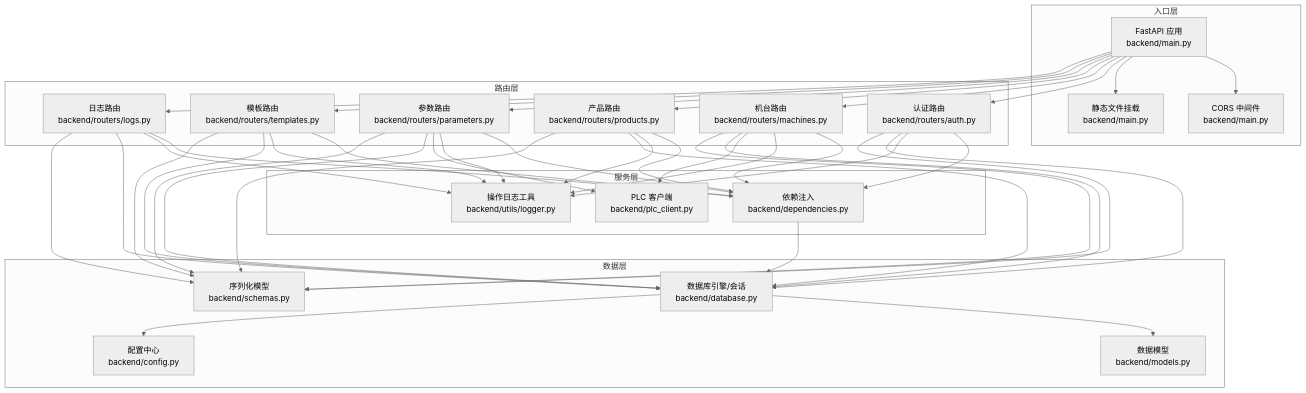
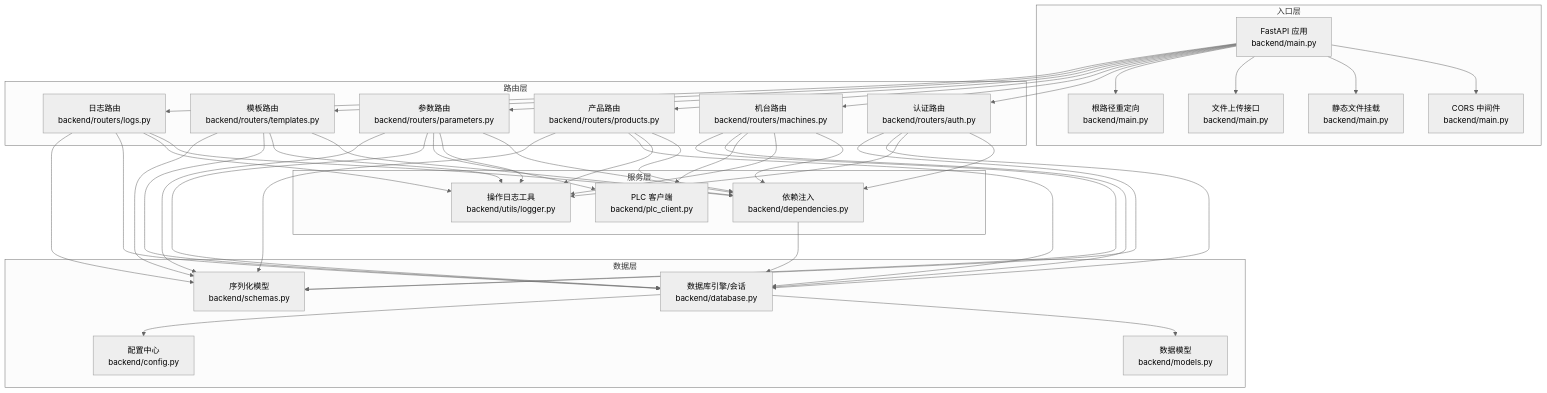
The second of 7 diagrams in .qoder/repowiki/zh/content/后端开发/FastAPI应用结构.md (pcb0y/plctodb), drawn with Mermaid (neutral theme) before and after one commit. The commit also changed other lines of this file and 9 other files, not shown here.

````diff
--- a/.qoder/repowiki/zh/content/后端开发/FastAPI应用结构.md
+++ b/.qoder/repowiki/zh/content/后端开发/FastAPI应用结构.md
@@ -128,64 +147,68 @@
 ```mermaid
 graph TB
 subgraph "入口层"
 M["FastAPI 应用<br/>backend/main.py"]
 MW["CORS 中间件<br/>backend/main.py"]
 ST["静态文件挂载<br/>backend/main.py"]
+UP["文件上传接口<br/>backend/main.py"]
+RD["根路径重定向<br/>backend/main.py"]
 end
 subgraph "路由层"
 R1["认证路由<br/>backend/routers/auth.py"]
 R2["机台路由<br/>backend/routers/machines.py"]
 R3["产品路由<br/>backend/routers/products.py"]
 R4["参数路由<br/>backend/routers/parameters.py"]
 R5["模板路由<br/>backend/routers/templates.py"]
 R6["日志路由<br/>backend/routers/logs.py"]
 end
 subgraph "服务层"
 D1["依赖注入<br/>backend/dependencies.py"]
 U1["操作日志工具<br/>backend/utils/logger.py"]
 P1["PLC 客户端<br/>backend/plc_client.py"]
 end
 subgraph "数据层"
 C1["配置中心<br/>backend/config.py"]
 DB1["数据库引擎/会话<br/>backend/database.py"]
 MD1["数据模型<br/>backend/models.py"]
 SC1["序列化模型<br/>backend/schemas.py"]
 end
 M --> MW
 M --> ST
+M --> UP
+M --> RD
 M --> R1
 M --> R2
 M --> R3
 M --> R4
 M --> R5
 M --> R6
 R1 --> D1
 R2 --> D1
 R3 --> D1
 R4 --> D1
 R5 --> D1
 R6 --> D1
 R1 --> U1
 R2 --> U1
 R3 --> U1
 R4 --> U1
 R5 --> U1
 R6 --> U1
 R2 --> P1
 R4 --> P1
 D1 --> DB1
 R1 --> DB1
 R2 --> DB1
 R3 --> DB1
 R4 --> DB1
 R5 --> DB1
 R6 --> DB1
 DB1 --> MD1
 DB1 --> C1
 R1 --> SC1
 R2 --> SC1
 R3 --> SC1
 R4 --> SC1
 R5 --> SC1
 R6 --> SC1
 ```
````
